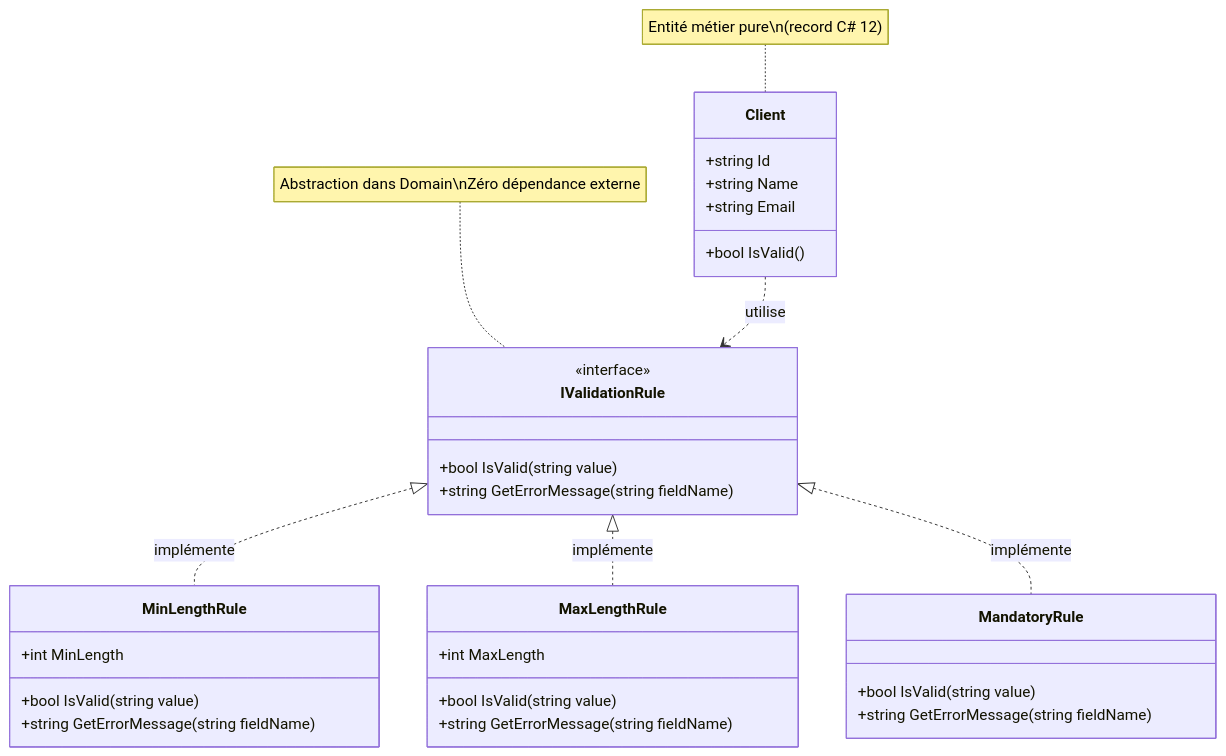
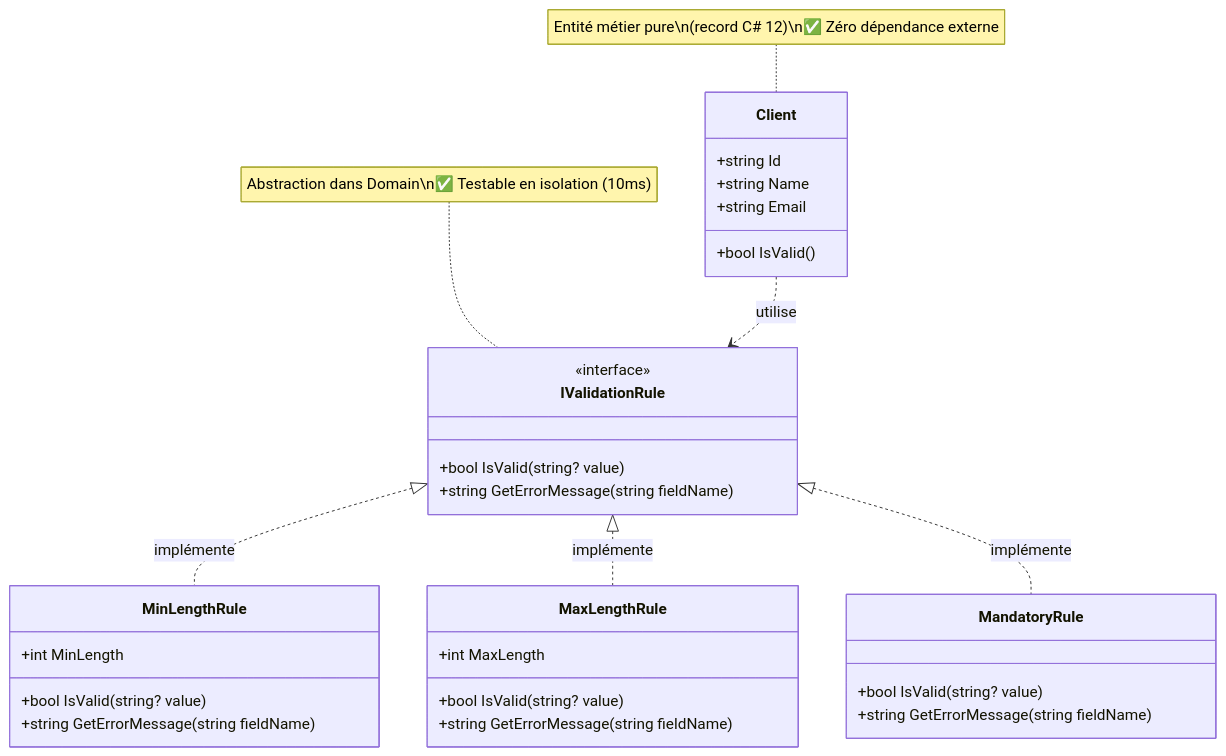
The second of 2 diagrams in 03_Workbooks_Stagiaires/Workbook_13h30_Migration_Domain.md (mounirelouali/net-mod-legacy-formation), drawn with Mermaid before and after one commit. The commit also changed other lines of this file and 1 other file, not shown here.

Commit message:
Refactor: Session 13h30 avec Crash Test reproductible et diagrammes Mermaid (sequenceDiagram + classDiagram)

````diff
--- a/03_Workbooks_Stagiaires/Workbook_13h30_Migration_Domain.md
+++ b/03_Workbooks_Stagiaires/Workbook_13h30_Migration_Domain.md
@@ -23,43 +72,43 @@
 ```mermaid
 classDiagram
     direction TB
     
     class Client {
         +string Id
         +string Name
         +string Email
         +bool IsValid()
     }
     
     class IValidationRule {
         <<interface>>
-        +bool IsValid(string value)
+        +bool IsValid(string? value)
         +string GetErrorMessage(string fieldName)
     }
     
     class MinLengthRule {
         +int MinLength
-        +bool IsValid(string value)
+        +bool IsValid(string? value)
         +string GetErrorMessage(string fieldName)
     }
     
     class MaxLengthRule {
         +int MaxLength
-        +bool IsValid(string value)
+        +bool IsValid(string? value)
         +string GetErrorMessage(string fieldName)
     }
     
     class MandatoryRule {
-        +bool IsValid(string value)
+        +bool IsValid(string? value)
         +string GetErrorMessage(string fieldName)
     }
     
     IValidationRule <|.. MinLengthRule : implémente
     IValidationRule <|.. MaxLengthRule : implémente
     IValidationRule <|.. MandatoryRule : implémente
     
     Client ..> IValidationRule : utilise
     
-    note for Client "Entité métier pure\n(record C# 12)"
-    note for IValidationRule "Abstraction dans Domain\nZéro dépendance externe"
+    note for Client "Entité métier pure\n(record C# 12)\n✅ Zéro dépendance externe"
+    note for IValidationRule "Abstraction dans Domain\n✅ Testable en isolation (10ms)"
 ```
````
